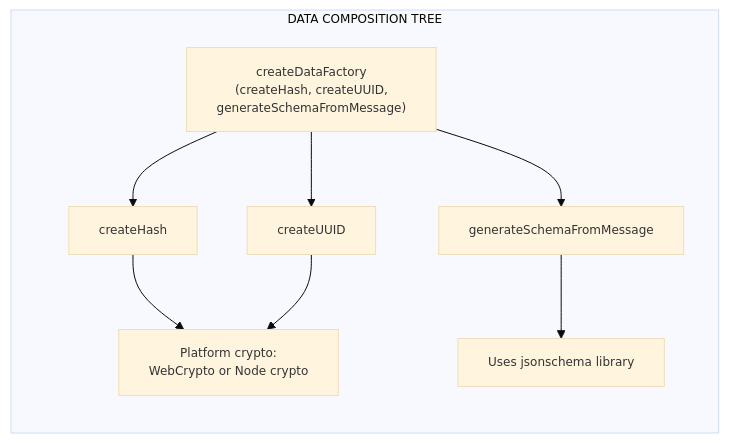
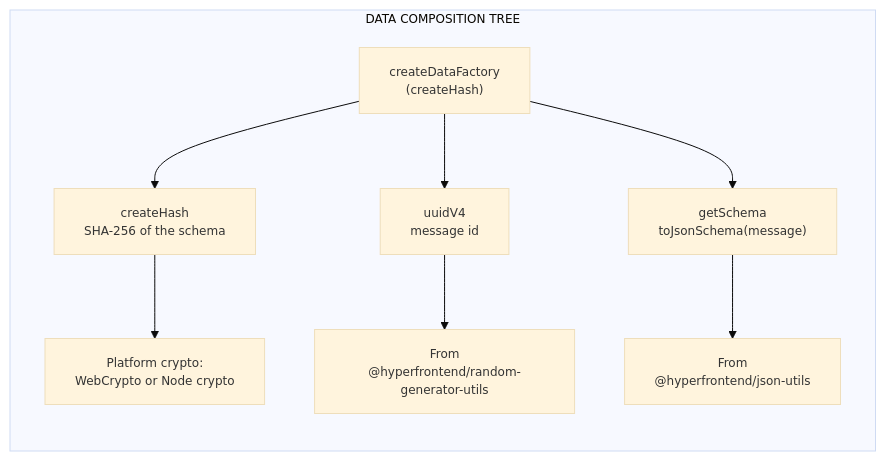
Before and after one commit to AndrewRedican/hyperfrontend: the third of 8 diagrams in libs/network-protocol/ARCHITECTURE.md, drawn with Mermaid. The commit also changed other lines of this file and 28 other files, not shown here.

````diff
--- a/libs/network-protocol/ARCHITECTURE.md
+++ b/libs/network-protocol/ARCHITECTURE.md
@@ -116,20 +127,20 @@
 ```mermaid
 ---
 config:
   theme: base
   themeVariables:
     fontSize: 12px
 ---
 flowchart BT
     subgraph DataTree["DATA COMPOSITION TREE"]
-        CreateData["createDataFactory<br/>(createHash, createUUID,<br/>generateSchemaFromMessage)"]
+        CreateData["createDataFactory<br/>(createHash)"]
 
-        CreateData --> CreateHash["createHash"]
-        CreateData --> CreateUUID["createUUID"]
-        CreateData --> GenSchema["generateSchemaFromMessage"]
+        CreateData --> CreateHash["createHash<br/>SHA-256 of the schema"]
+        CreateData --> UUID["uuidV4<br/>message id"]
+        CreateData --> GenSchema["getSchema<br/>toJsonSchema(message)"]
 
         CreateHash --> PlatformCrypto["Platform crypto:<br/>WebCrypto or Node crypto"]
-        CreateUUID --> PlatformCrypto
-        GenSchema --> JsonSchema["Uses jsonschema library"]
+        UUID --> RandomLib["From<br/>@hyperfrontend/random-generator-utils"]
+        GenSchema --> JsonUtils["From<br/>@hyperfrontend/json-utils"]
     end
 ```
````
